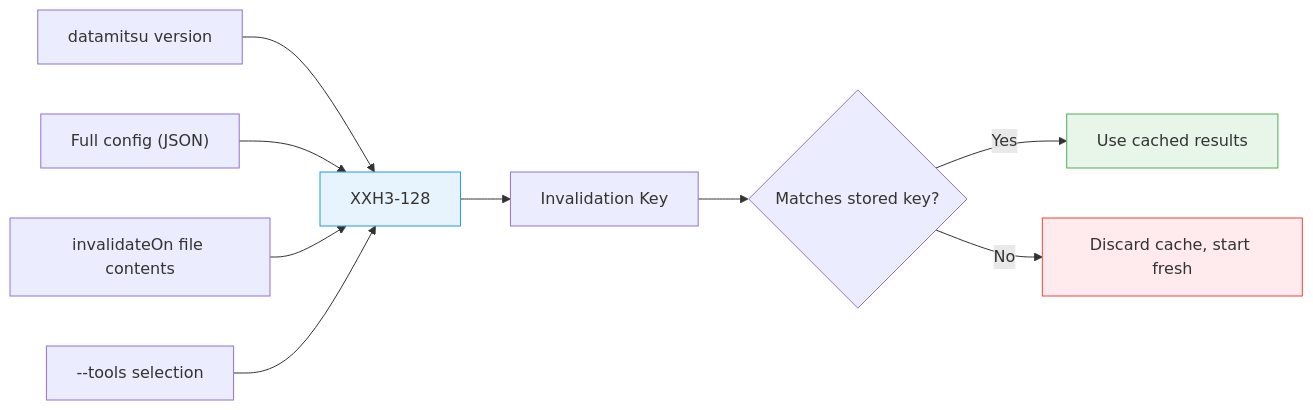
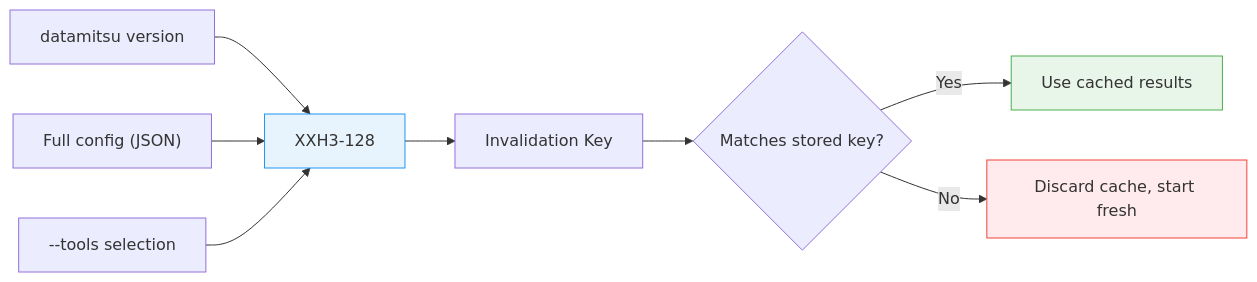
Before and after one commit to datamitsu/datamitsu: the first of 2 diagrams in internal/llmsdocs/embed/pages/guides/architecture/caching.md, drawn with Mermaid. The commit also changed other lines of this file and 72 other files, not shown here.

````diff
--- a/internal/llmsdocs/embed/pages/guides/architecture/caching.md
+++ b/internal/llmsdocs/embed/pages/guides/architecture/caching.md
@@ -13,15 +18,14 @@
 ```mermaid
 graph LR
     V["datamitsu version"] --> H["XXH3-128"]
     C["Full config (JSON)"] --> H
-    F["invalidateOn file contents"] --> H
     T["--tools selection"] --> H
     H --> K["Invalidation Key"]
     K --> D{"Matches stored key?"}
     D -->|"Yes"| U["Use cached results"]
     D -->|"No"| R["Discard cache, start fresh"]
 
     style H fill:#e8f4fd,stroke:#2196f3
     style U fill:#e8f5e9,stroke:#4caf50
     style R fill:#ffebee,stroke:#f44336
 ```
````
